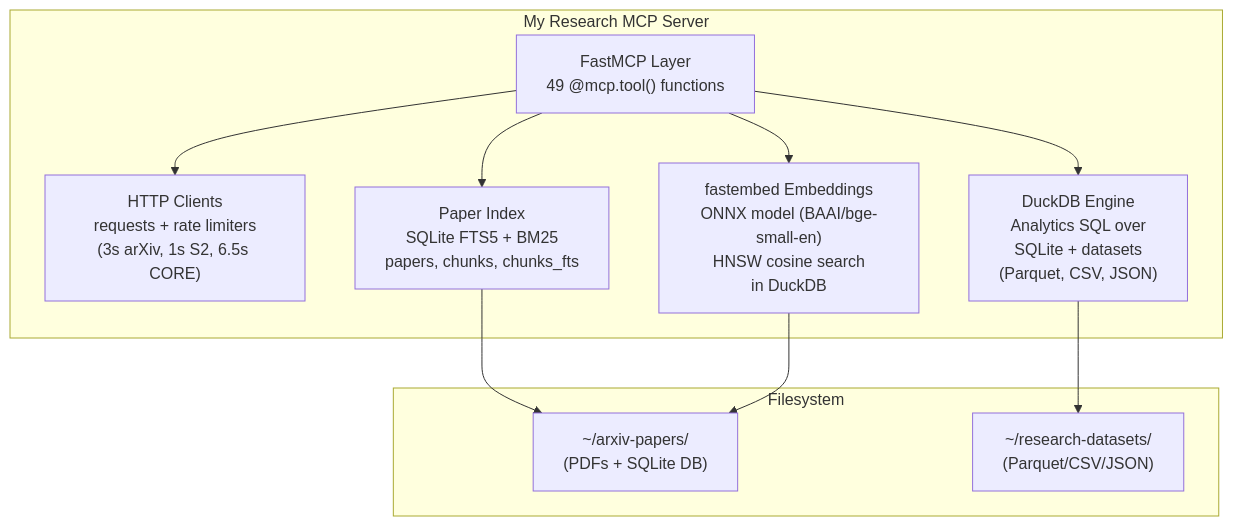
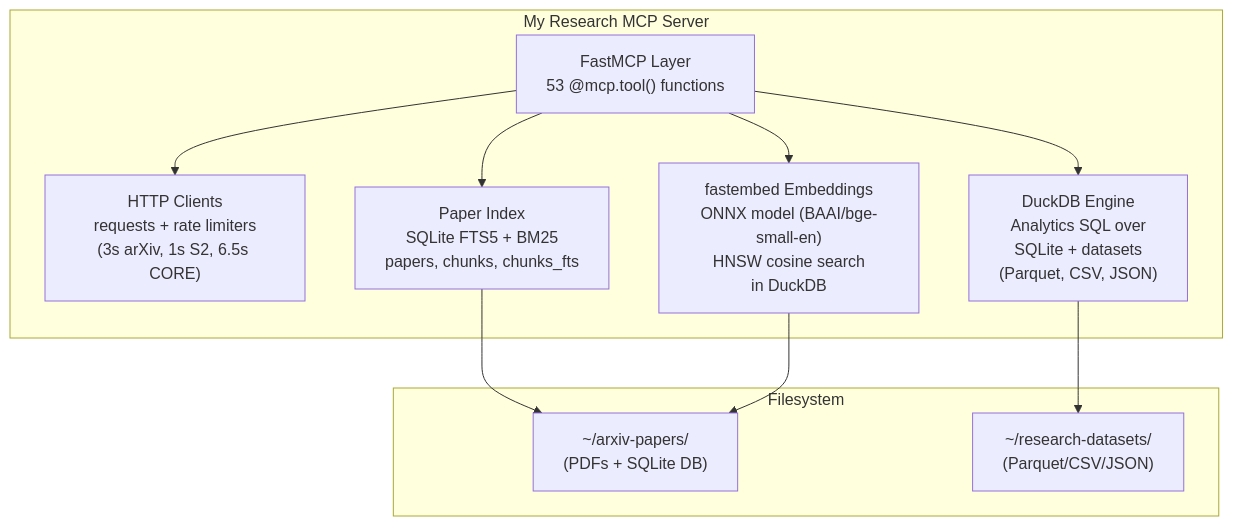
One commit to kennylhilljr/my-research-mcp-server changed the second of 4 diagrams in README.md. Above: the diagram before and after it, drawn with Mermaid. The commit also changed other lines of this file and 6 other files, not shown here.

````diff
--- a/README.md
+++ b/README.md
@@ -93,20 +94,20 @@
 ```mermaid
 graph TD
     subgraph Server["My Research MCP Server"]
-        FastMCP["FastMCP Layer<br/>49 @mcp.tool() functions"]
+        FastMCP["FastMCP Layer<br/>53 @mcp.tool() functions"]
 
         FastMCP --> HTTP["HTTP Clients<br/>requests + rate limiters<br/>(3s arXiv, 1s S2, 6.5s CORE)"]
         FastMCP --> PaperIndex["Paper Index<br/>SQLite FTS5 + BM25<br/>papers, chunks, chunks_fts"]
         FastMCP --> DuckDB["DuckDB Engine<br/>Analytics SQL over<br/>SQLite + datasets<br/>(Parquet, CSV, JSON)"]
         FastMCP --> Embed["fastembed Embeddings<br/>ONNX model (BAAI/bge-small-en)<br/>HNSW cosine search<br/>in DuckDB"]
     end
 
     subgraph FS["Filesystem"]
         PDFs["~/arxiv-papers/<br/>(PDFs + SQLite DB)"]
         Datasets["~/research-datasets/<br/>(Parquet/CSV/JSON)"]
     end
 
     PaperIndex --> PDFs
     DuckDB --> Datasets
     Embed --> PDFs
 ```
````
